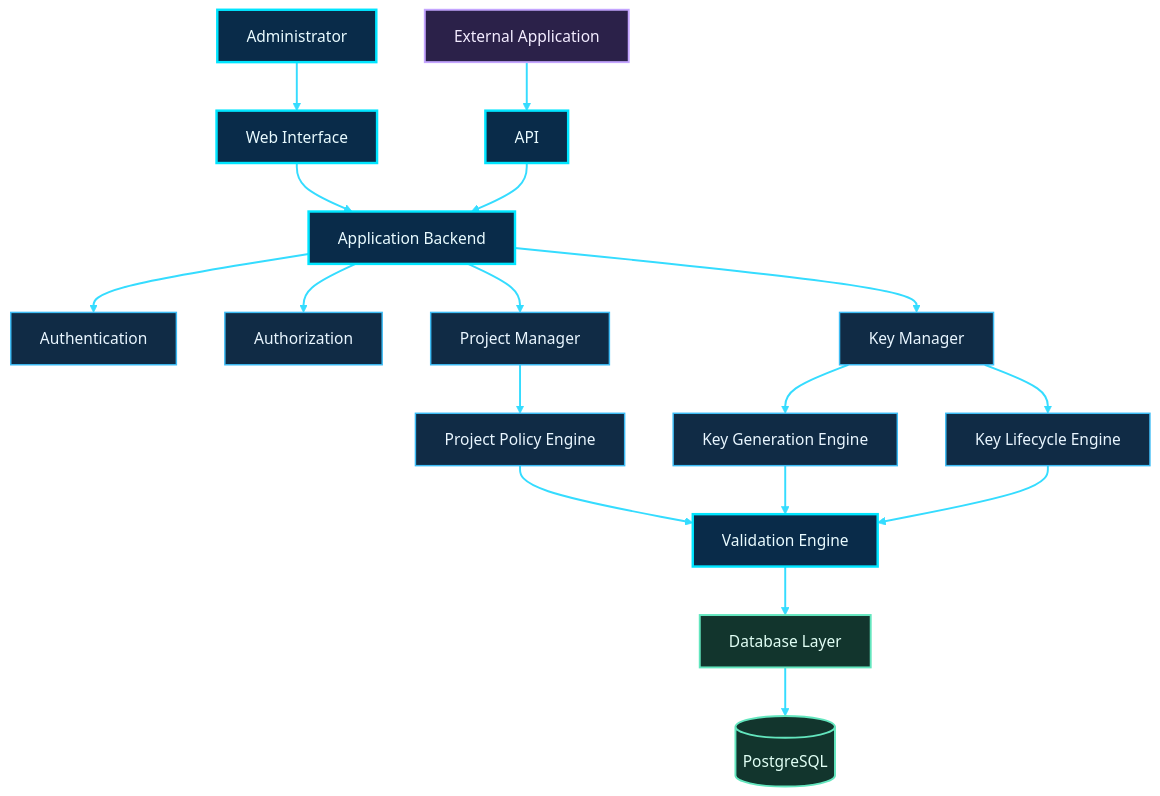
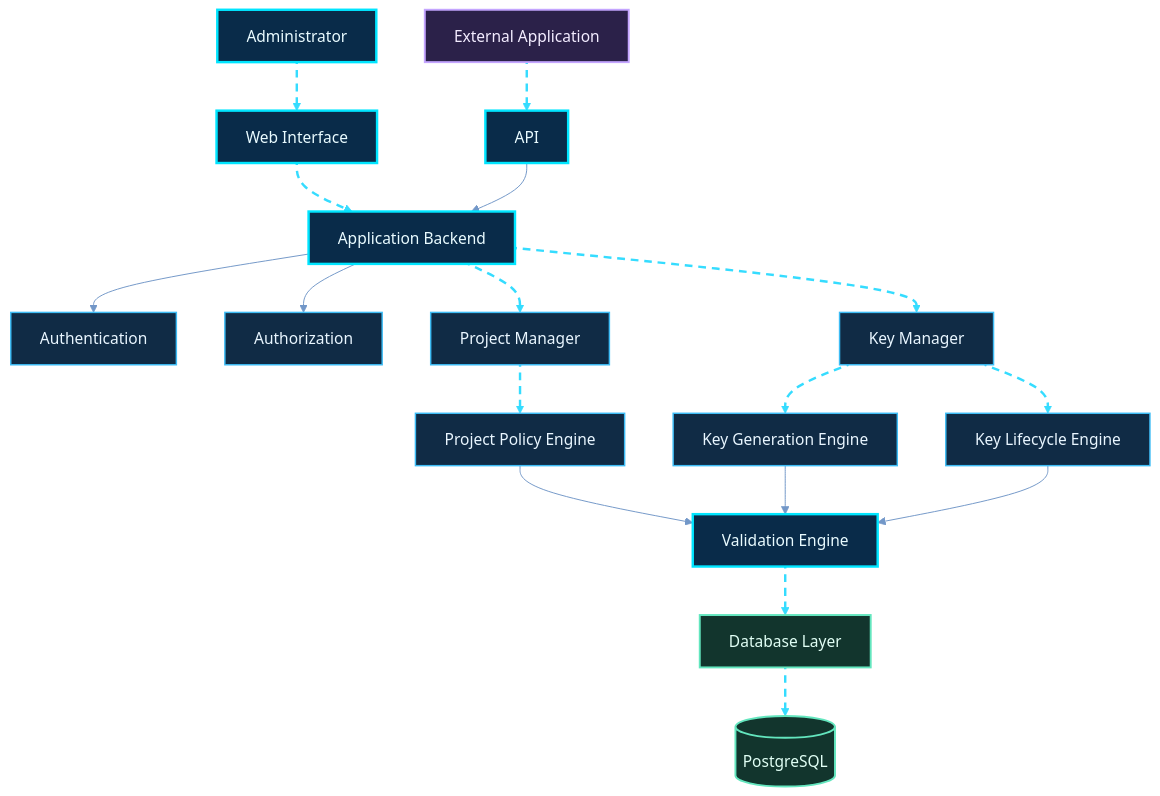
Before and after one commit to shajeduzzamanenan992008inc/NexOra-Database-key-Gen: the fourth of 23 diagrams in README.md, drawn with Mermaid. The commit also changed other lines of this file, not shown here.

````diff
--- a/README.md
+++ b/README.md
@@ -526,42 +535,45 @@
 ```mermaid
+%%{init: {"theme":"base","themeVariables":{"darkMode":true,"background":"#07111f","primaryColor":"#102744","primaryTextColor":"#e8f7ff","primaryBorderColor":"#00d9ff","lineColor":"#7297c8","secondaryColor":"#261d45","secondaryTextColor":"#f3eaff","secondaryBorderColor":"#a78bfa","tertiaryColor":"#12332b","tertiaryTextColor":"#e0fff1","tertiaryBorderColor":"#41e6a2","fontFamily":"Inter, Segoe UI, sans-serif","edgeLabelBackground":"#101d34","mainBkg":"#102744","nodeBorder":"#00d9ff","clusterBkg":"#0b1930","clusterBorder":"#6f7dff","actorBkg":"#102744","actorBorder":"#00d9ff","actorTextColor":"#e8f7ff","signalColor":"#64d8ff","signalTextColor":"#e8f7ff","noteBkgColor":"#0e332b","noteBorderColor":"#41e6a2","noteTextColor":"#e0fff1"}}}%%
 flowchart TD
-    A["Administrator"] --> B["Web Interface"]
-    B --> C["Application Backend"]
+    A["Administrator"] nx04e01@--> B["Web Interface"]
+    B nx04e02@--> C["Application Backend"]
 
     C --> D["Authentication"]
     C --> E["Authorization"]
-    C --> F["Project Manager"]
-    C --> G["Key Manager"]
+    C nx04e03@--> F["Project Manager"]
+    C nx04e04@--> G["Key Manager"]
 
-    F --> H["Project Policy Engine"]
-    G --> I["Key Generation Engine"]
-    G --> J["Key Lifecycle Engine"]
+    F nx04e05@--> H["Project Policy Engine"]
+    G nx04e06@--> I["Key Generation Engine"]
+    G nx04e07@--> J["Key Lifecycle Engine"]
 
     H --> K["Validation Engine"]
     I --> K
     J --> K
 
-    K --> L["Database Layer"]
+    K nx04e08@--> L["Database Layer"]
 
-    M["External Application"] --> N["API"]
+    M["External Application"] nx04e10@--> N["API"]
     N --> C
 
-    L --> O[("PostgreSQL")]
+    L nx04e09@--> O[("PostgreSQL")]
 
     %% OMEGA NEX-ORA visual classes
     %% OMEGA NEX-ORA / ULTRA NEON PALETTE
     classDef nxCore fill:#092b49,stroke:#00e5ff,stroke-width:2.5px,color:#e9fbff;
     classDef nxProcess fill:#102b45,stroke:#3dbcf5,stroke-width:1.5px,color:#e9f6ff;
     classDef nxDecision fill:#2b2050,stroke:#b38cff,stroke-width:2px,color:#f3edff;
     classDef nxSuccess fill:#0d3b2c,stroke:#3fffa0,stroke-width:2px,color:#e0fff0;
     classDef nxDanger fill:#451d30,stroke:#ff6688,stroke-width:2px,color:#fff0f3;
     classDef nxData fill:#12352d,stroke:#63e6be,stroke-width:2px,color:#e1fff5;
     classDef nxExternal fill:#2b2149,stroke:#c4a5ff,stroke-width:2px,color:#f3ecff;
     classDef nxInfo fill:#17253e,stroke:#91a7c9,stroke-width:1.5px,color:#e5efff;
     classDef nxWarning fill:#453116,stroke:#fbbf24,stroke-width:2px,color:#fff6d6;
+    %% Moving dashed route: Mermaid applies this class to explicitly identified edges.
+    classDef nxAnimated stroke:#35dcff,stroke-width:2.5px,stroke-dasharray:8\,6,stroke-dashoffset:1000,animation:dash 24s linear infinite;
     class A,B,C,K,N nxCore;
     class D,E,F,G,H,I,J nxProcess;
     class L,O nxData;
     class M nxExternal;
-    linkStyle default stroke:#35dcff,stroke-width:2px;
+    class nx04e01,nx04e02,nx04e03,nx04e04,nx04e05,nx04e06,nx04e07,nx04e08,nx04e09,nx04e10 nxAnimated;
 ```
````
